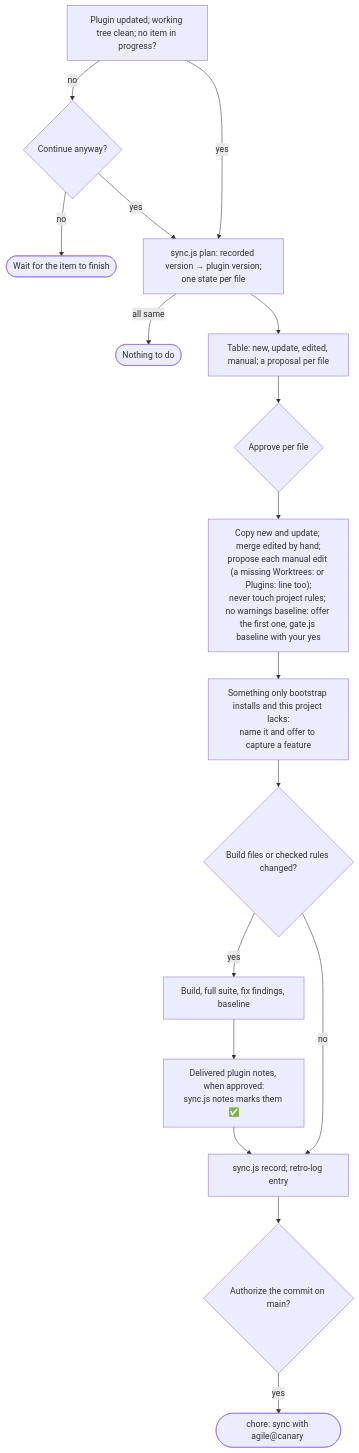
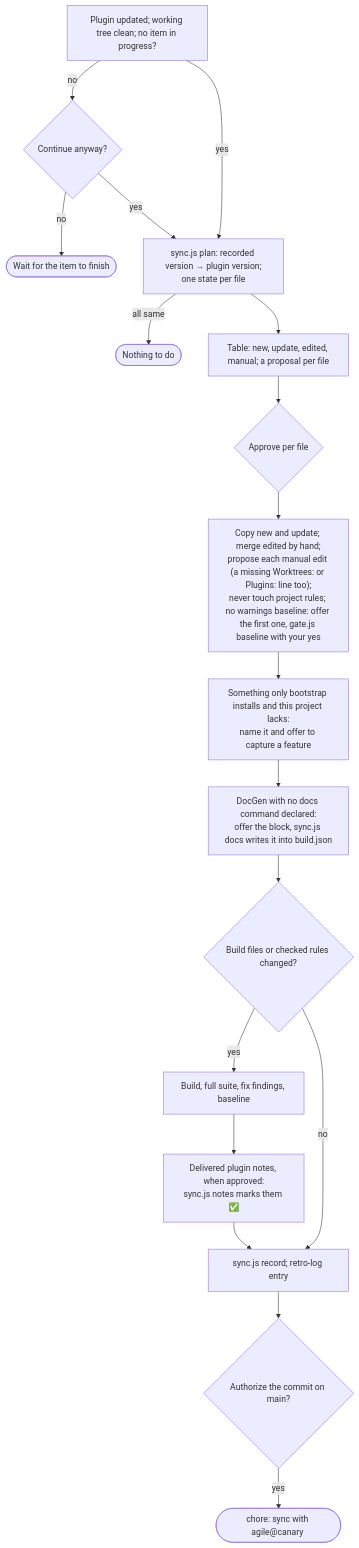
Diagram 16 of 18 in docs/agile/workflow.md (alexcanario/simulab), drawn with Mermaid before and after one commit. The commit also changed other lines of this file and 5 other files, not shown here.

````diff
--- a/docs/agile/workflow.md
+++ b/docs/agile/workflow.md
@@ -1559,19 +1646,20 @@
 ```mermaid
 flowchart TD
     A["Plugin updated; working tree clean; no item in progress?"] -->|no| A1{"Continue anyway?"}
     A1 -->|no| A2(["Wait for the item to finish"])
     A -->|yes| B["sync.js plan: recorded version → plugin version;<br/>one state per file"]
     A1 -->|yes| B
     B -->|all same| B1(["Nothing to do"])
     B --> C["Table: new, update, edited, manual; a proposal per file"]
     C --> D{"Approve per file"}
     D --> E["Copy new and update; merge edited by hand;<br/>propose each manual edit (a missing Worktrees: or Plugins: line too);<br/>never touch project rules; no warnings baseline: offer the first one, gate.js baseline with your yes"]
     E --> E2["Something only bootstrap installs and this project lacks:<br/>name it and offer to capture a feature"]
-    E2 --> F{"Build files or checked rules changed?"}
+    E2 --> E3["DocGen with no docs command declared:<br/>offer the block, sync.js docs writes it into build.json"]
+    E3 --> F{"Build files or checked rules changed?"}
     F -->|yes| G["Build, full suite, fix findings, baseline"]
     F -->|no| H
     G --> G2["Delivered plugin notes, when approved:<br/>sync.js notes marks them ✅"]
     G2 --> H["sync.js record; retro-log entry"]
     H --> I{"Authorize the commit on main?"}
     I -->|yes| J(["chore: sync with agile@canary <version>"])
 ```
````
